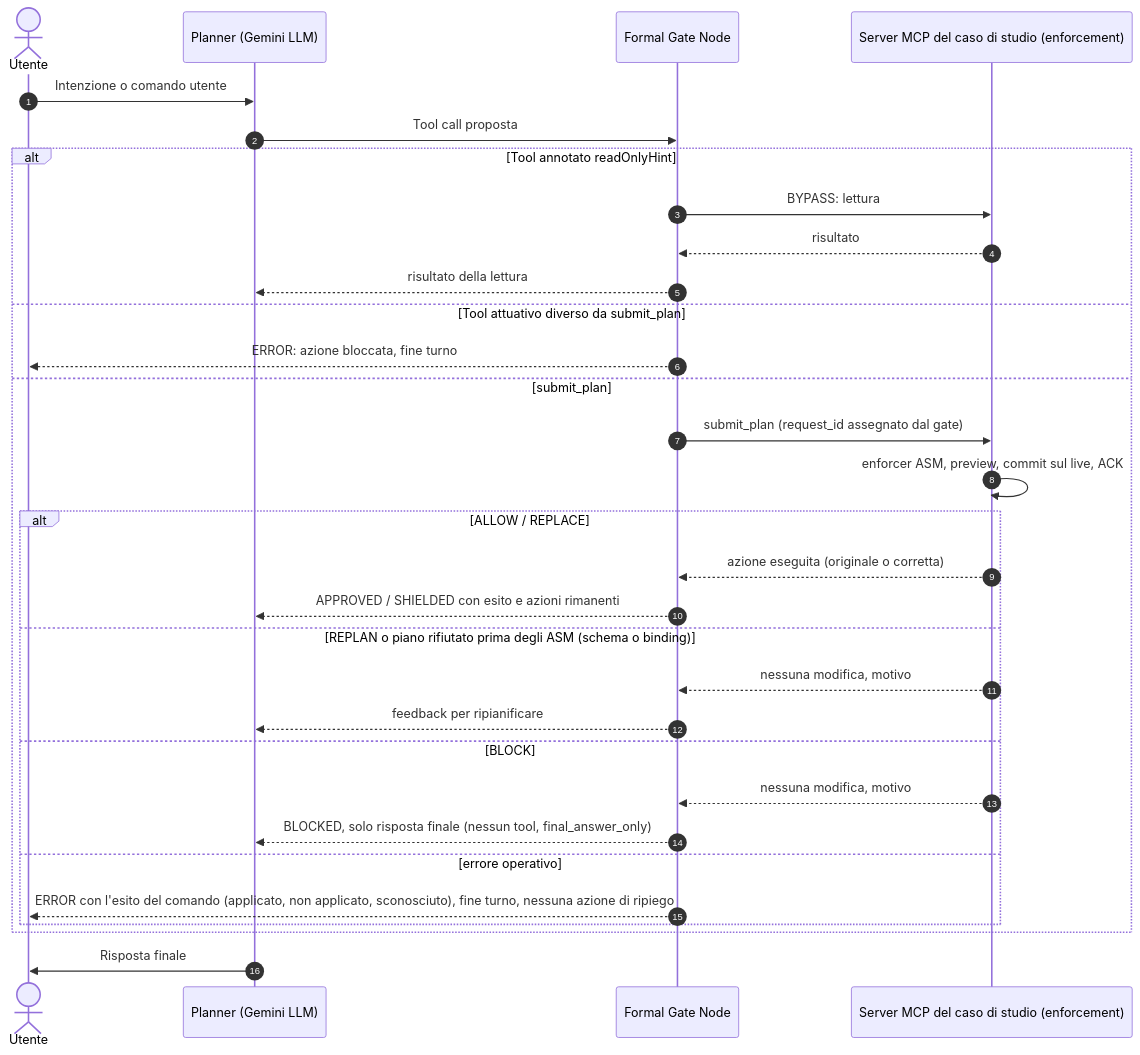
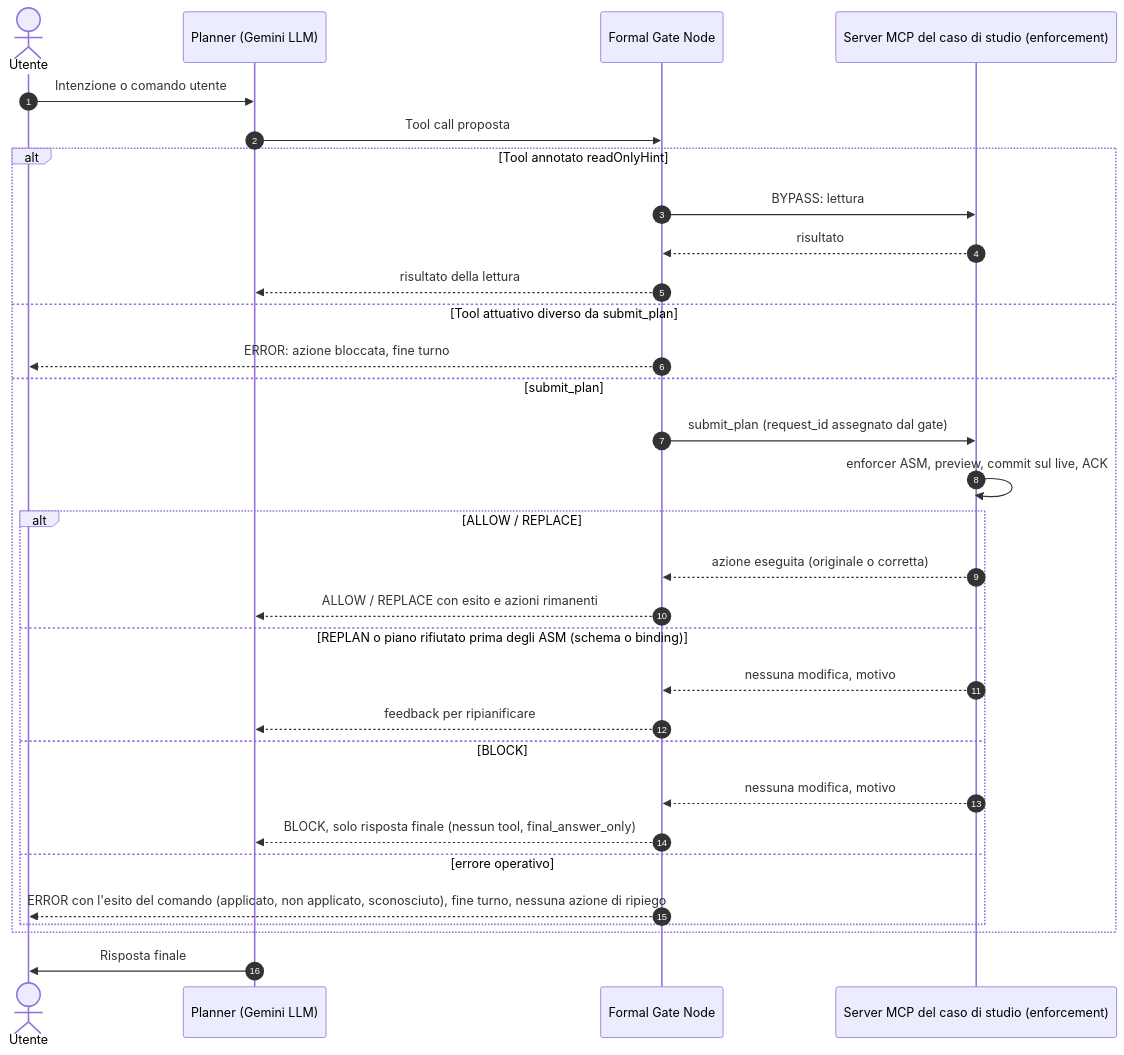
The fourth of 4 diagrams in ARCHITECTURE.md (gallizzz/agentic-mcp-framework), drawn with Mermaid before and after one commit. The commit also changed 7 other files, not shown here.

````diff
--- a/ARCHITECTURE.md
+++ b/ARCHITECTURE.md
@@ -160,34 +160,34 @@
 ```mermaid
 sequenceDiagram
     autonumber
     actor Utente
     participant Planner as Planner (Gemini LLM)
     participant Gate as Formal Gate Node
     participant Server as Server MCP del caso di studio (enforcement)
 
     Utente->>Planner: Intenzione o comando utente
     Planner->>Gate: Tool call proposta
     alt Tool annotato readOnlyHint
         Gate->>Server: BYPASS: lettura
         Server-->>Gate: risultato
         Gate-->>Planner: risultato della lettura
     else Tool attuativo diverso da submit_plan
         Gate-->>Utente: ERROR: azione bloccata, fine turno
     else submit_plan
         Gate->>Server: submit_plan (request_id assegnato dal gate)
         Server->>Server: enforcer ASM, preview, commit sul live, ACK
         alt ALLOW / REPLACE
             Server-->>Gate: azione eseguita (originale o corretta)
-            Gate-->>Planner: APPROVED / SHIELDED con esito e azioni rimanenti
+            Gate-->>Planner: ALLOW / REPLACE con esito e azioni rimanenti
         else REPLAN o piano rifiutato prima degli ASM (schema o binding)
             Server-->>Gate: nessuna modifica, motivo
             Gate-->>Planner: feedback per ripianificare
         else BLOCK
             Server-->>Gate: nessuna modifica, motivo
-            Gate-->>Planner: BLOCKED, solo risposta finale (nessun tool, final_answer_only)
+            Gate-->>Planner: BLOCK, solo risposta finale (nessun tool, final_answer_only)
         else errore operativo
             Gate-->>Utente: ERROR con l'esito del comando (applicato, non applicato, sconosciuto), fine turno, nessuna azione di ripiego
         end
     end
     Planner->>Utente: Risposta finale
 ```
````
